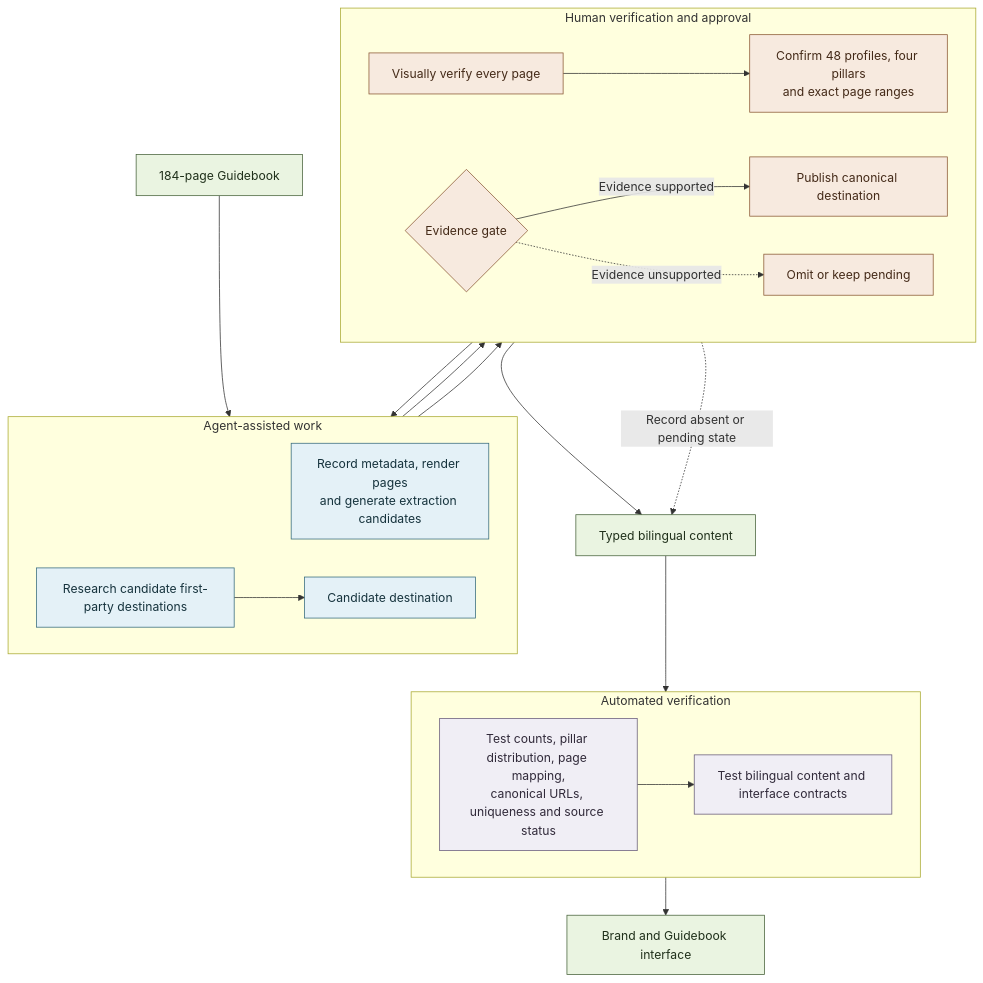
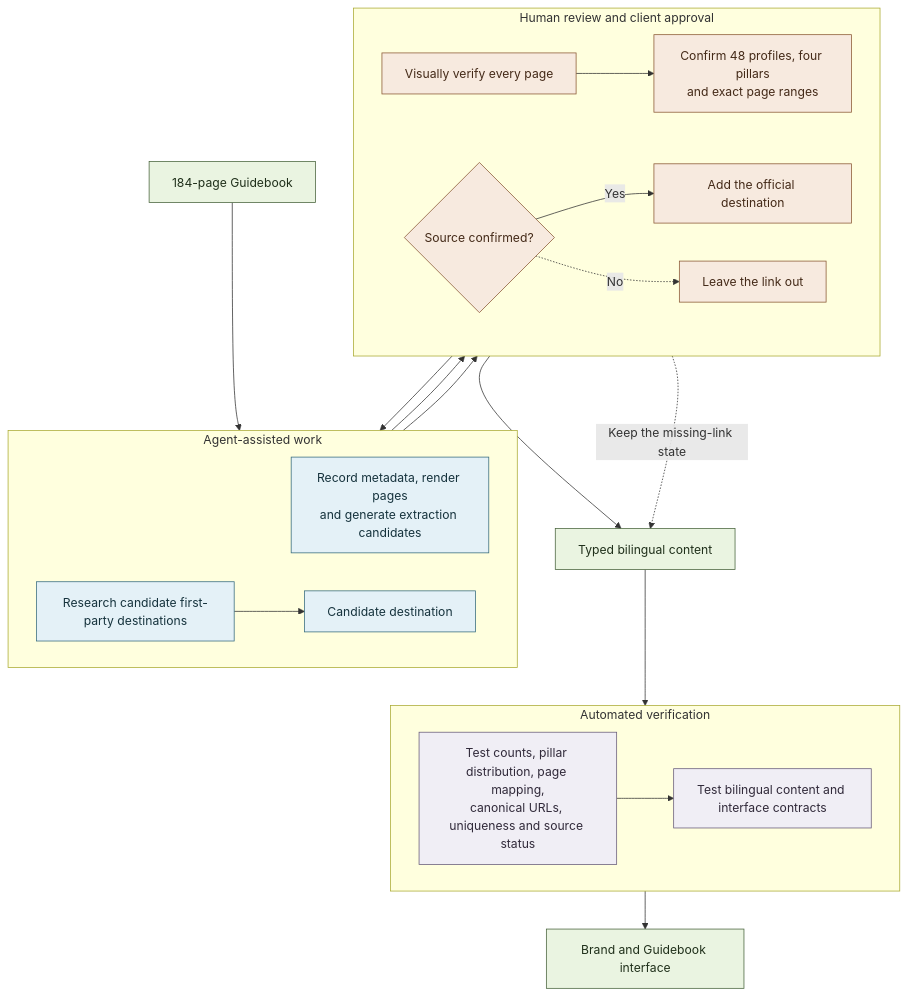
One commit to jackyngtf/wellness-village-event-platform changed the diagram in docs/diagrams/guidebook-content-pipeline.mmd. Above: the diagram before and after it, drawn with Mermaid. The commit also changed 55 other files, not shown here.

```diff
--- a/docs/diagrams/guidebook-content-pipeline.mmd
+++ b/docs/diagrams/guidebook-content-pipeline.mmd
@@ -1,50 +1,50 @@
 flowchart TB
     GUIDEBOOK[184-page Guidebook]
 
     subgraph AGENT_ASSISTED[Agent-assisted work]
         direction LR
         EXTRACTION[Record metadata, render pages<br/>and generate extraction candidates]
         RESEARCH[Research candidate first-party destinations]
         CANDIDATE[Candidate destination]
     end
 
-    subgraph HUMAN_VERIFICATION[Human verification and approval]
+    subgraph HUMAN_VERIFICATION[Human review and client approval]
         direction LR
         VISUAL_REVIEW[Visually verify every page]
         CONTENT_MODEL[Confirm 48 profiles, four pillars<br/>and exact page ranges]
-        EVIDENCE_GATE{Evidence gate}
-        PUBLISH[Publish canonical destination]
-        PENDING[Omit or keep pending]
+        EVIDENCE_GATE{Source confirmed?}
+        PUBLISH[Add the official destination]
+        PENDING[Leave the link out]
     end
 
     subgraph AUTOMATED_TESTS[Automated verification]
         direction LR
         CONTENT_TESTS[Test counts, pillar distribution, page mapping,<br/>canonical URLs, uniqueness and source status]
         INTERFACE_TESTS[Test bilingual content and interface contracts]
     end
 
     TYPED_CONTENT[Typed bilingual content]
     INTERFACE[Brand and Guidebook interface]
 
     GUIDEBOOK --> EXTRACTION
     EXTRACTION --> VISUAL_REVIEW
     VISUAL_REVIEW --> CONTENT_MODEL
     CONTENT_MODEL --> RESEARCH
     RESEARCH --> CANDIDATE
     CANDIDATE --> EVIDENCE_GATE
-    EVIDENCE_GATE -->|Evidence supported| PUBLISH
-    EVIDENCE_GATE -.->|Evidence unsupported| PENDING
+    EVIDENCE_GATE -->|Yes| PUBLISH
+    EVIDENCE_GATE -.->|No| PENDING
     PUBLISH --> TYPED_CONTENT
-    PENDING -.->|Record absent or pending state| TYPED_CONTENT
+    PENDING -.->|Keep the missing-link state| TYPED_CONTENT
     TYPED_CONTENT --> CONTENT_TESTS
     CONTENT_TESTS --> INTERFACE_TESTS
     INTERFACE_TESTS --> INTERFACE
 
     classDef agent fill:#e4f1f7,stroke:#356a7d,color:#16333d
     classDef human fill:#f7eadf,stroke:#8a5834,color:#442a18
     classDef automated fill:#f0eef5,stroke:#675b79,color:#312a3a
     classDef output fill:#eaf4e1,stroke:#48633c,color:#20301b
     class EXTRACTION,RESEARCH,CANDIDATE agent
     class VISUAL_REVIEW,CONTENT_MODEL,EVIDENCE_GATE,PUBLISH,PENDING human
     class CONTENT_TESTS,INTERFACE_TESTS automated
     class GUIDEBOOK,TYPED_CONTENT,INTERFACE output
```
